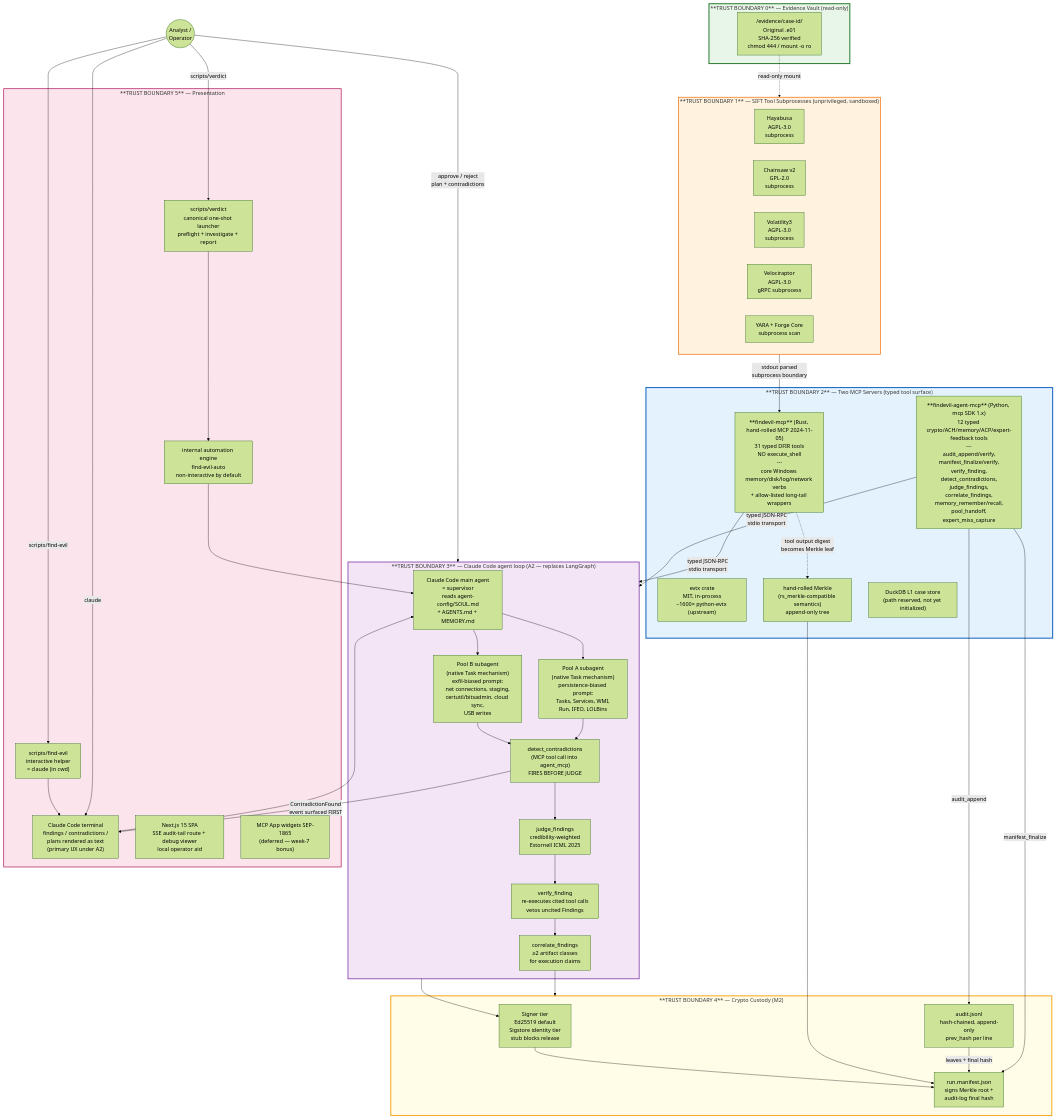
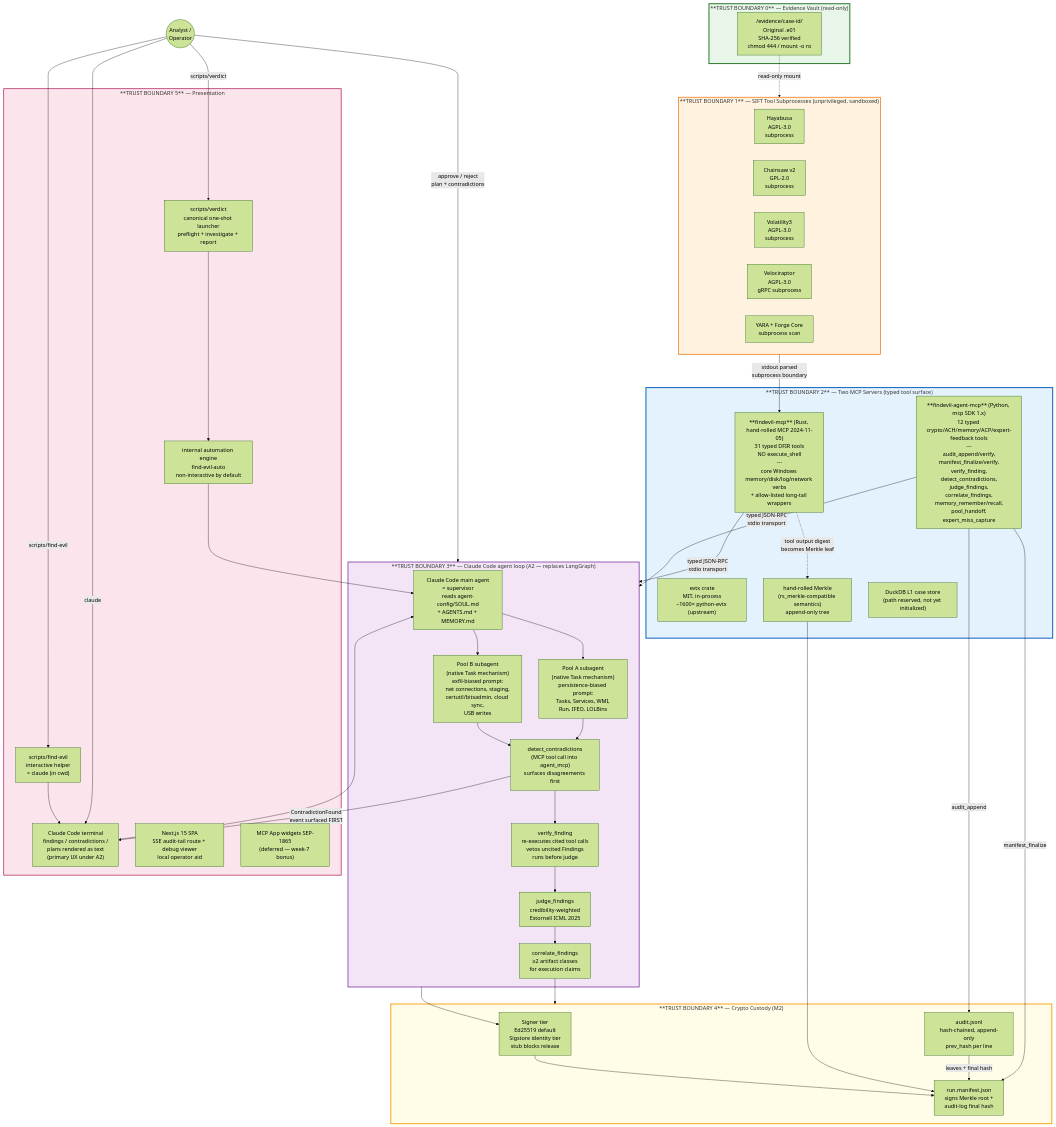
The first of 2 diagrams in docs/architecture.md (TimothyVang/verdict-dfir), drawn with Mermaid (forest theme) before and after one commit. The commit also changed other lines of this file and 3 other files, not shown here.

```diff
--- a/docs/architecture.md
+++ b/docs/architecture.md
@@ -74,9 +74,9 @@
         Supervisor["Claude Code main agent<br/>= supervisor<br/>reads agent-config/SOUL.md<br/>+ AGENTS.md + MEMORY.md"]
         PoolA["Pool A subagent<br/>(native Task mechanism)<br/>persistence-biased prompt:<br/>Tasks, Services, WMI,<br/>Run, IFEO, LOLBins"]
         PoolB["Pool B subagent<br/>(native Task mechanism)<br/>exfil-biased prompt:<br/>net connections, staging,<br/>certutil/bitsadmin, cloud sync,<br/>USB writes"]
-        Contradiction["detect_contradictions<br/>(MCP tool call into agent_mcp)<br/>FIRES BEFORE JUDGE"]
+        Contradiction["detect_contradictions<br/>(MCP tool call into agent_mcp)<br/>surfaces disagreements first"]
         Judge["judge_findings<br/>credibility-weighted<br/>Estornell ICML 2025"]
-        Verifier["verify_finding<br/>re-executes cited tool calls<br/>vetos uncited Findings"]
+        Verifier["verify_finding<br/>re-executes cited tool calls<br/>vetos uncited Findings<br/>runs before judge"]
         Correlator["correlate_findings<br/>≥2 artifact classes<br/>for execution claims"]
     end
 
@@ -114,9 +114,9 @@
     PoolA --> Contradiction
     PoolB --> Contradiction
     Contradiction -->|ContradictionFound<br/>event surfaced FIRST| Terminal
-    Contradiction --> Judge
-    Judge --> Verifier
-    Verifier --> Correlator
+    Contradiction --> Verifier
+    Verifier --> Judge
+    Judge --> Correlator
     Correlator --> Trust4
 
     Trust3 --> SignerTier
```
